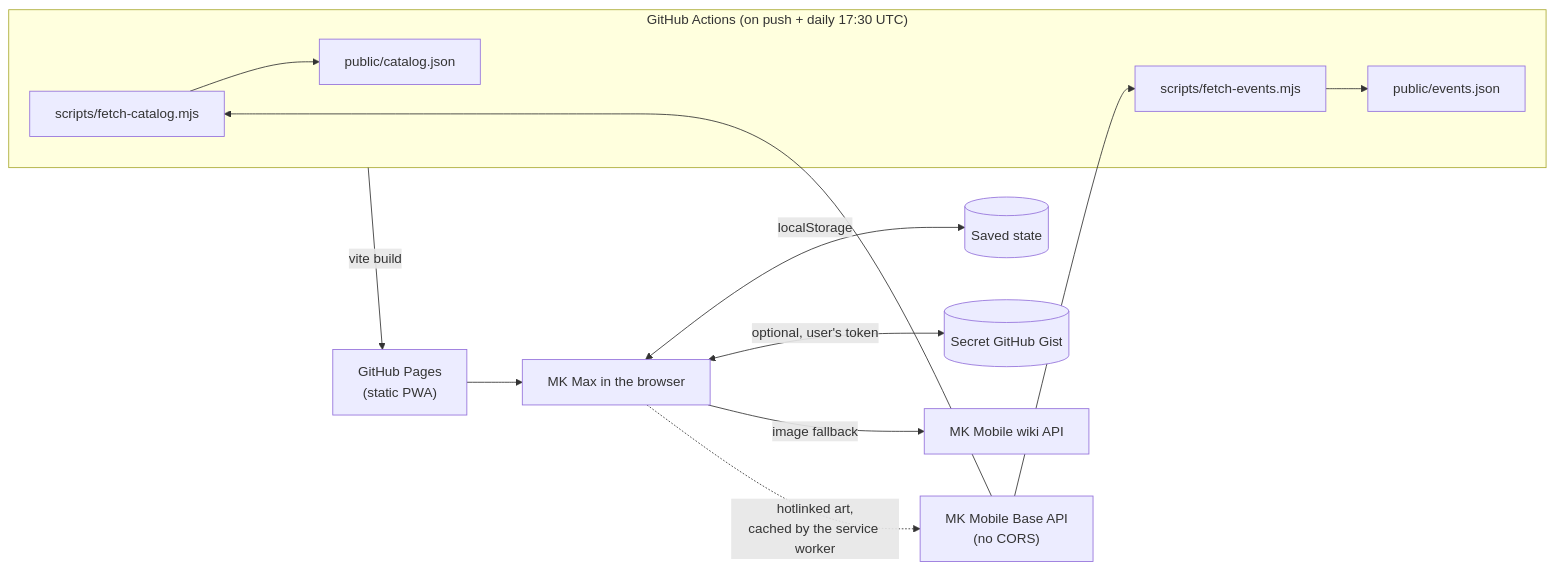
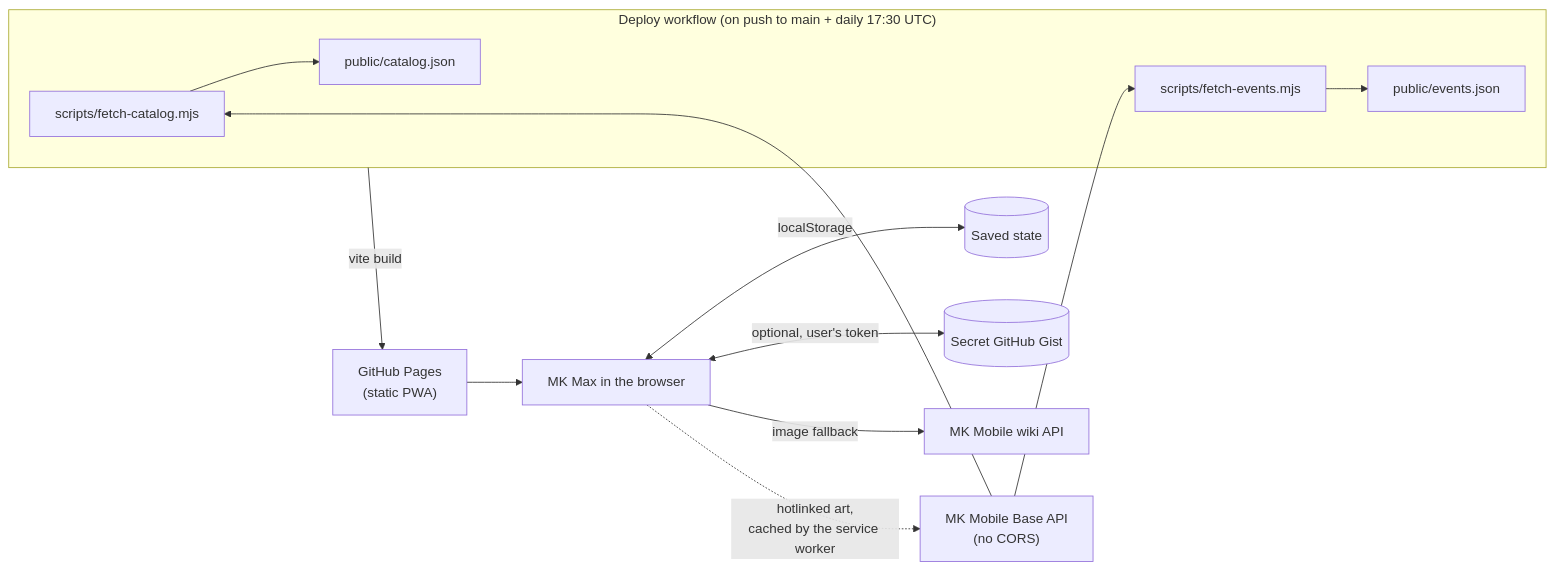
One commit to Simba3696/mkmax changed the first of 3 diagrams in docs/architecture.md. Above: the diagram before and after it, drawn with Mermaid. The commit also changed other lines of this file and 26 other files, not shown here.

````diff
--- a/docs/architecture.md
+++ b/docs/architecture.md
@@ -9,14 +9,14 @@
 ```mermaid
 flowchart LR
-  subgraph CI["GitHub Actions (on push + daily 17:30 UTC)"]
+  subgraph CI["Deploy workflow (on push to main + daily 17:30 UTC)"]
     F1["scripts/fetch-catalog.mjs"] --> C["public/catalog.json"]
     F2["scripts/fetch-events.mjs"] --> E["public/events.json"]
   end
   MKB["MK Mobile Base API<br/>(no CORS)"] --> F1 & F2
   CI -->|"vite build"| GP["GitHub Pages<br/>(static PWA)"]
   GP --> App["MK Max in the browser"]
   App <-->|"localStorage"| LS[("Saved state")]
   App <-->|"optional, user's token"| Gist[("Secret GitHub Gist")]
   App -->|"image fallback"| Wiki["MK Mobile wiki API"]
   App -.->|"hotlinked art,<br/>cached by the service worker"| MKB
 ```
````
